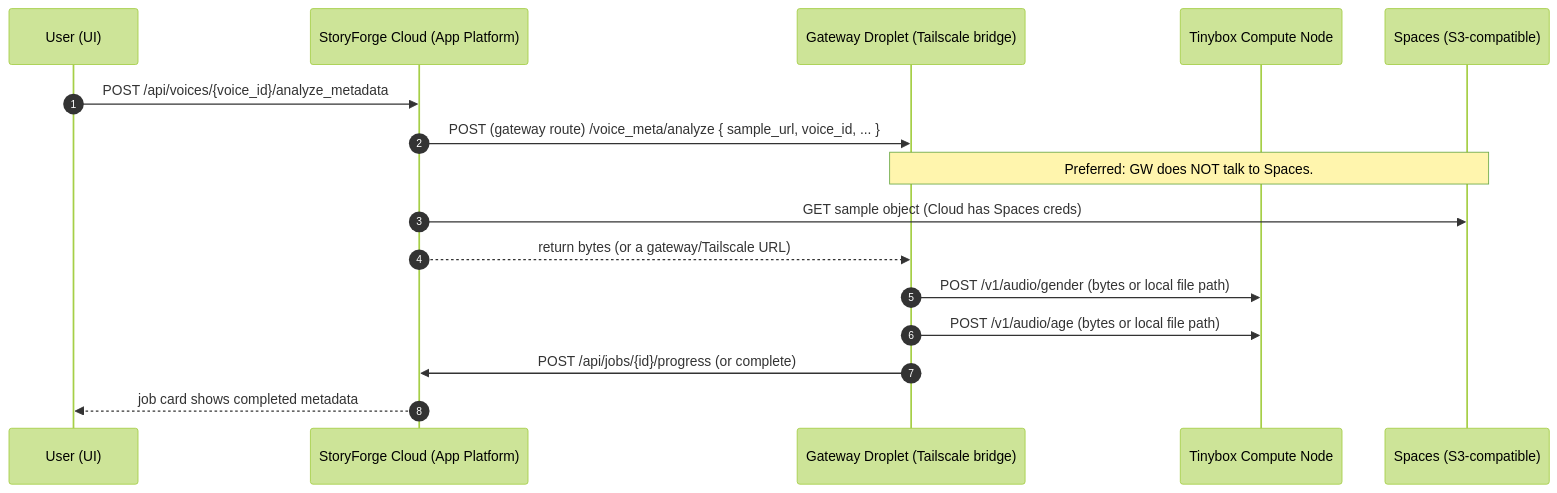
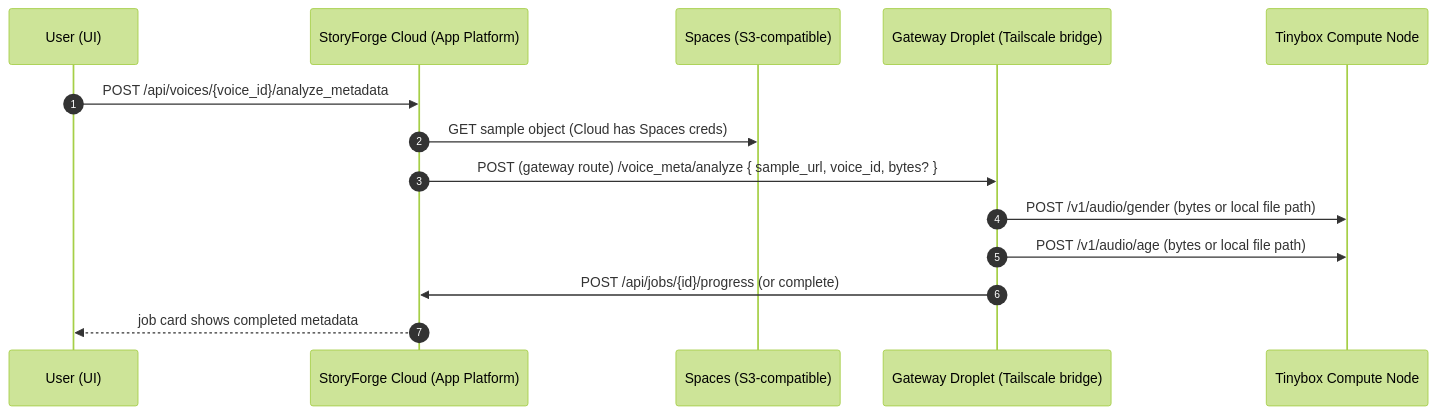
One commit to I0Q/storyforge changed the first of 3 diagrams in docs/infra.md. Above: the diagram before and after it, drawn with Mermaid (forest theme). The commit also changed other lines of this file, not shown here.

Commit message:
docs(infra): simplify mermaid diagrams; place Spaces next to Cloud

````diff
--- a/docs/infra.md
+++ b/docs/infra.md
@@ -52,19 +52,17 @@
 ```mermaid
 sequenceDiagram
   autonumber
   participant U as User (UI)
   participant SF as StoryForge Cloud (App Platform)
+  participant SP as Spaces (S3-compatible)
   participant GW as Gateway Droplet (Tailscale bridge)
   participant TB as Tinybox Compute Node
-  participant SP as Spaces (S3-compatible)
 
   U->>SF: POST /api/voices/{voice_id}/analyze_metadata
-  SF->>GW: POST (gateway route) /voice_meta/analyze { sample_url, voice_id, ... }
-  Note over GW,SP: Preferred: GW does NOT talk to Spaces.
   SF->>SP: GET sample object (Cloud has Spaces creds)
-  SF-->>GW: return bytes (or a gateway/Tailscale URL)
+  SF->>GW: POST (gateway route) /voice_meta/analyze { sample_url, voice_id, bytes? }
   GW->>TB: POST /v1/audio/gender (bytes or local file path)
   GW->>TB: POST /v1/audio/age (bytes or local file path)
   GW->>SF: POST /api/jobs/{id}/progress (or complete)
   SF-->>U: job card shows completed metadata
 ```
````
